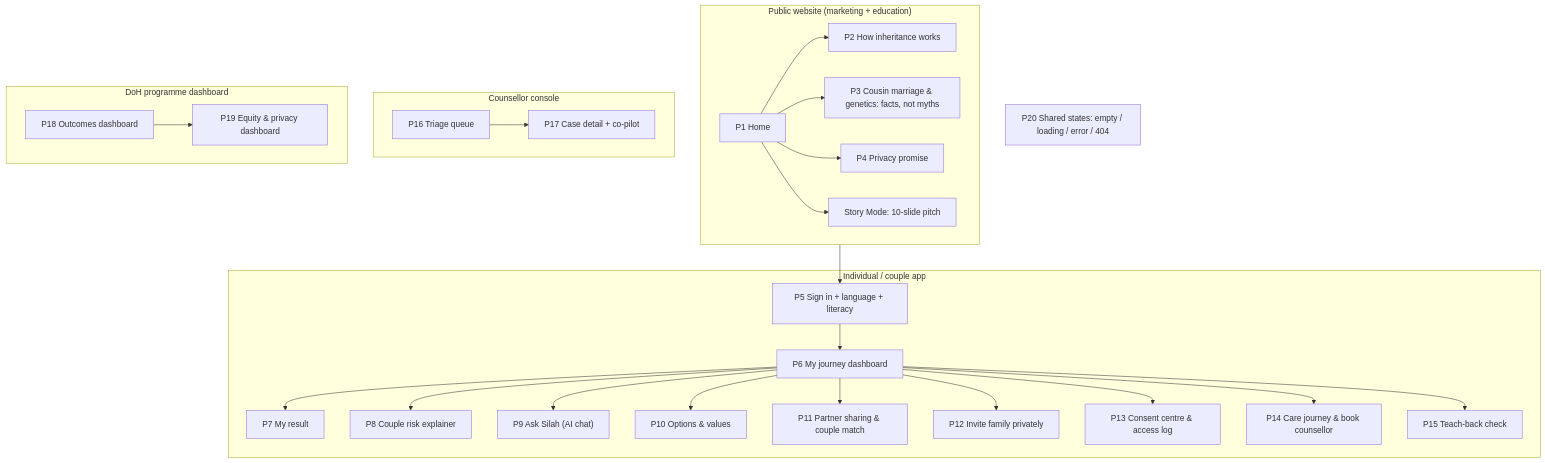
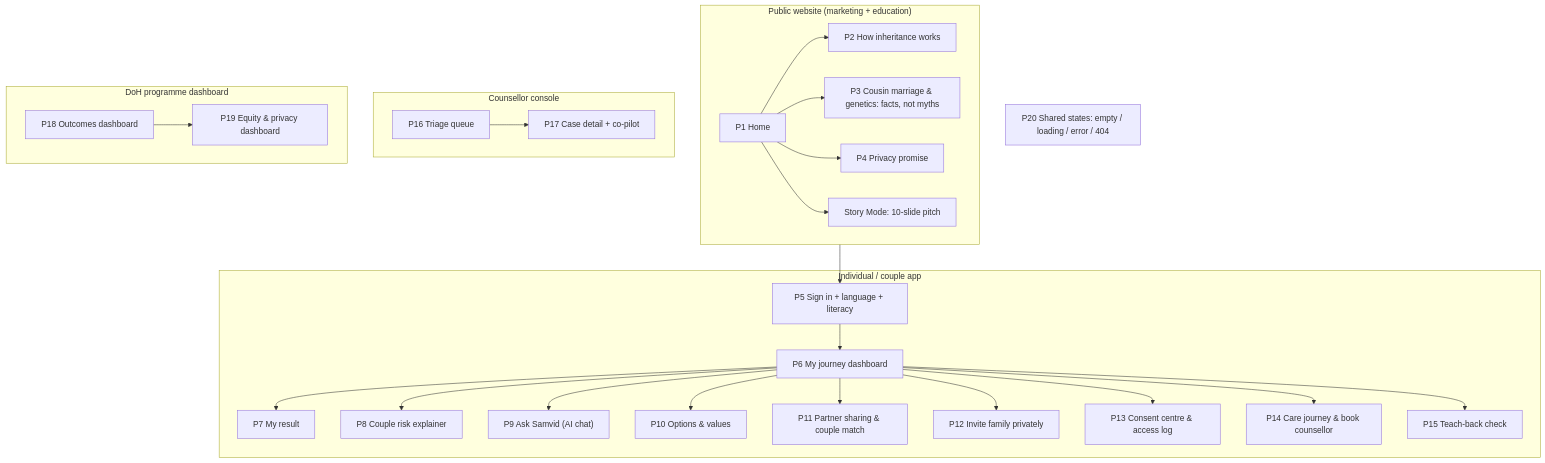
The second of 2 diagrams in docs/frontend.md (YaduvanshiHimanshunfsu/Future-Health-Digital-Innovation-Challenge), drawn with Mermaid before and after one commit. The commit also changed other lines of this file and 244 other files, not shown here.

````diff
--- a/docs/frontend.md
+++ b/docs/frontend.md
@@ -170,29 +175,29 @@
 ```mermaid
 flowchart TB
     subgraph PUB["Public website (marketing + education)"]
         P1["P1 Home"] --> P2["P2 How inheritance works"]
         P1 --> P3["P3 Cousin marriage & genetics: facts, not myths"]
         P1 --> P4["P4 Privacy promise"]
         P1 --> S["Story Mode: 10-slide pitch"]
     end
     subgraph APP["Individual / couple app"]
         P5["P5 Sign in + language + literacy"] --> P6["P6 My journey dashboard"]
         P6 --> P7["P7 My result"]
         P6 --> P8["P8 Couple risk explainer"]
-        P6 --> P9["P9 Ask Silah (AI chat)"]
+        P6 --> P9["P9 Ask Samvid (AI chat)"]
         P6 --> P10["P10 Options & values"]
         P6 --> P11["P11 Partner sharing & couple match"]
         P6 --> P12["P12 Invite family privately"]
         P6 --> P13["P13 Consent centre & access log"]
         P6 --> P14["P14 Care journey & book counsellor"]
         P6 --> P15["P15 Teach-back check"]
     end
     subgraph CON["Counsellor console"]
         P16["P16 Triage queue"] --> P17["P17 Case detail + co-pilot"]
     end
     subgraph ADM["DoH programme dashboard"]
         P18["P18 Outcomes dashboard"] --> P19["P19 Equity & privacy dashboard"]
     end
     P20["P20 Shared states: empty / loading / error / 404"]
     PUB --> P5
 ```
````
